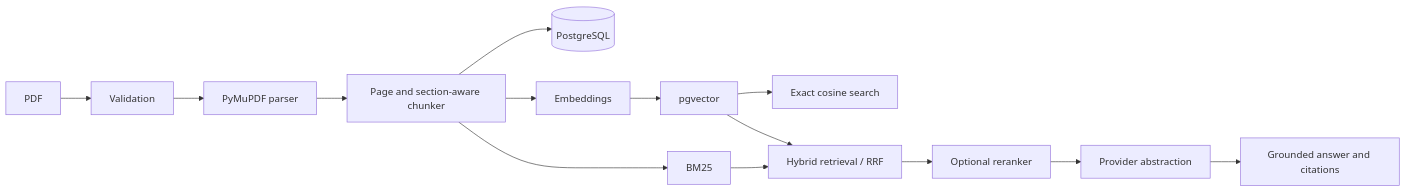
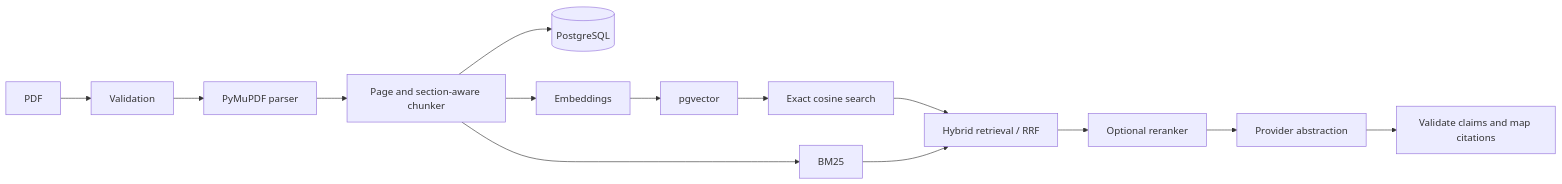
Before and after one commit to Sunilcharan711/scholargraph: the diagram in README.md, drawn with Mermaid. The commit also changed other lines of this file and 6 other files, not shown here.

````diff
--- a/README.md
+++ b/README.md
@@ -50,12 +62,12 @@
 ```mermaid
 flowchart LR
     PDF --> Validation --> Parser[PyMuPDF parser]
     Parser --> Chunks[Page and section-aware chunker]
     Chunks --> DB[(PostgreSQL)]
     Chunks --> Embeddings --> pgvector --> Dense[Exact cosine search]
     Chunks --> BM25
-    pgvector --> Fusion[Hybrid retrieval / RRF]
+    Dense --> Fusion[Hybrid retrieval / RRF]
     BM25 --> Fusion
     Fusion --> Reranker[Optional reranker] --> LLM[Provider abstraction]
-    LLM --> Answer[Grounded answer and citations]
+    LLM --> Answer[Validate claims and map citations]
 ```
````
